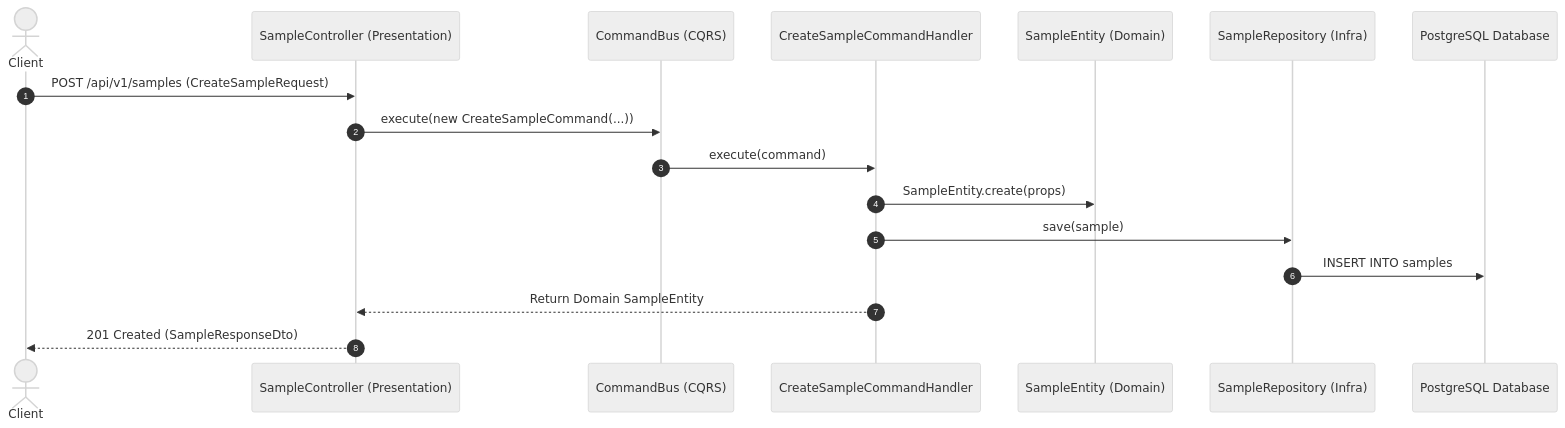
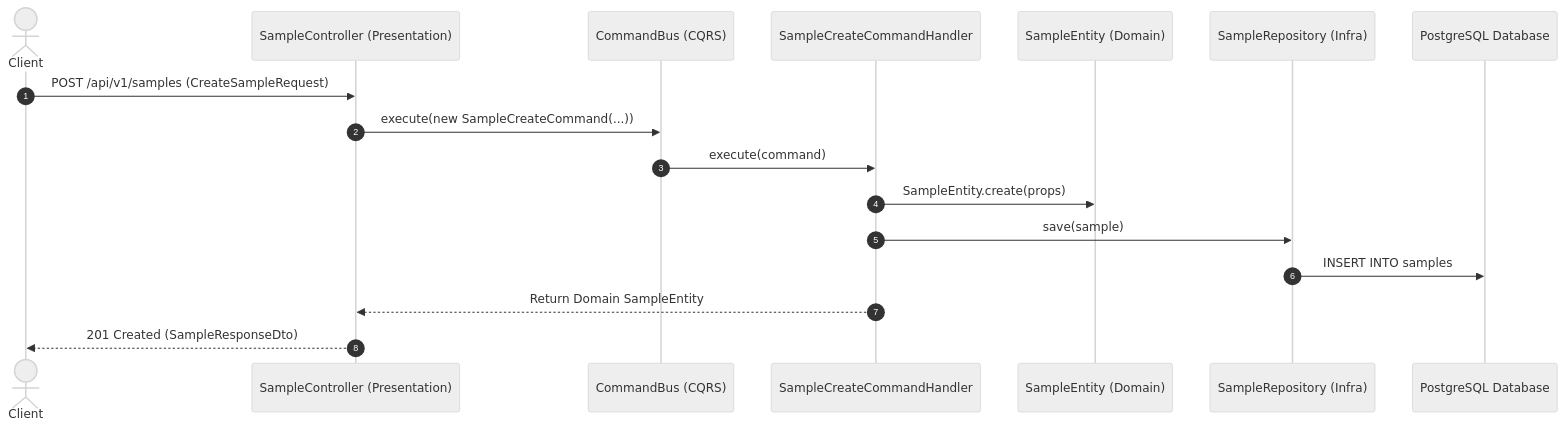
One commit to pbl6-home-renter/boilerplate changed the diagram in README.md. Above: the diagram before and after it, drawn with Mermaid (neutral theme). The commit also changed other lines of this file and 183 other files, not shown here.

First line of the commit message:
refactor: restructure into clean architecture + DDD layers

````diff
--- a/README.md
+++ b/README.md
@@ -137,20 +126,20 @@
 ```mermaid
 sequenceDiagram
     autonumber
     actor Client
     participant Controller as SampleController (Presentation)
     participant CommandBus as CommandBus (CQRS)
-    participant Handler as CreateSampleCommandHandler
+    participant Handler as SampleCreateCommandHandler
     participant Domain as SampleEntity (Domain)
     participant Repo as SampleRepository (Infra)
     participant DB as PostgreSQL Database
 
     Client->>Controller: POST /api/v1/samples (CreateSampleRequest)
-    Controller->>CommandBus: execute(new CreateSampleCommand(...))
+    Controller->>CommandBus: execute(new SampleCreateCommand(...))
     CommandBus->>Handler: execute(command)
     Handler->>Domain: SampleEntity.create(props)
     Handler->>Repo: save(sample)
     Repo->>DB: INSERT INTO samples
     Handler-->>Controller: Return Domain SampleEntity
     Controller-->>Client: 201 Created (SampleResponseDto)
 ```
````
